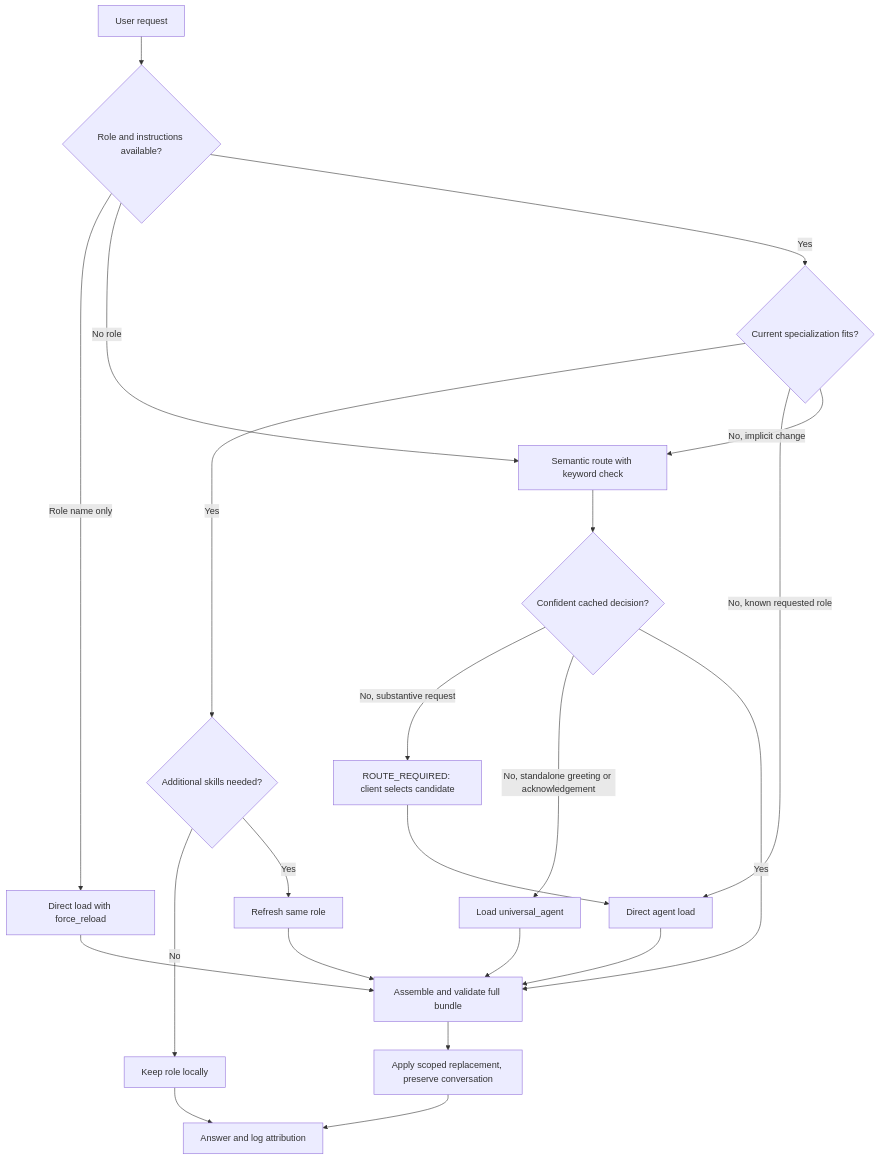
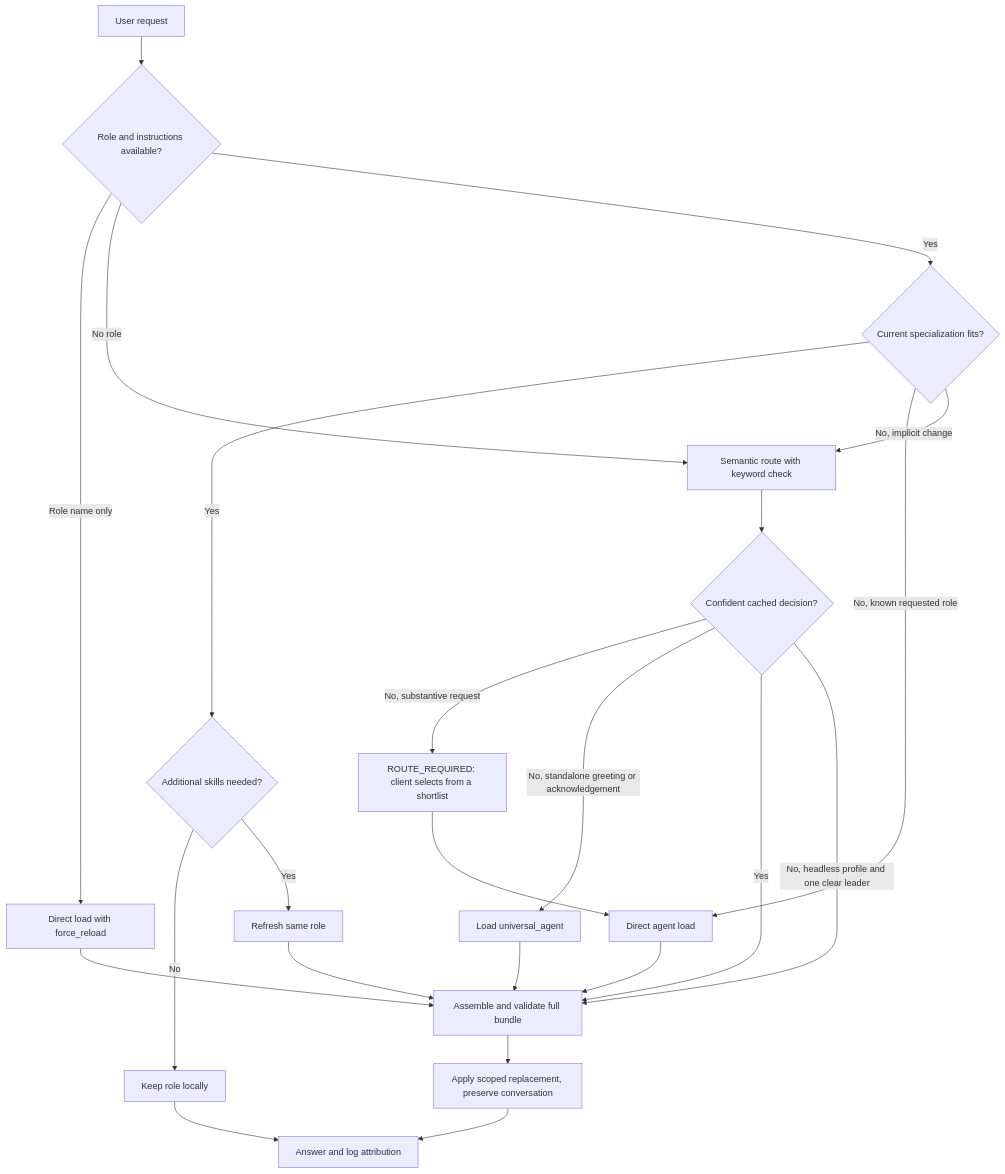
Before and after one commit to IEZhu/Agents: the diagram in docs/routing_flow.md, drawn with Mermaid. The commit also changed other lines of this file and 7 other files, not shown here.

````diff
--- a/docs/routing_flow.md
+++ b/docs/routing_flow.md
@@ -11,24 +11,25 @@
 ```mermaid
 flowchart TD
     Q[User request] --> Known{Role and instructions available?}
     Known -->|Role name only| Restore[Direct load with force_reload]
     Known -->|No role| Route[Semantic route with keyword check]
     Known -->|Yes| Fit{Current specialization fits?}
     Fit -->|Yes| Skills{Additional skills needed?}
     Skills -->|No| Keep[Keep role locally]
     Skills -->|Yes| Refresh[Refresh same role]
     Fit -->|No, known requested role| Direct[Direct agent load]
     Fit -->|No, implicit change| Route
     Route --> Choice{Confident cached decision?}
-    Choice -->|No, substantive request| Pick[ROUTE_REQUIRED: client selects candidate]
+    Choice -->|No, substantive request| Pick[ROUTE_REQUIRED: client selects from a shortlist]
     Choice -->|No, standalone greeting or acknowledgement| Meta[Load universal_agent]
     Choice -->|Yes| Bundle[Assemble and validate full bundle]
+    Choice -->|No, headless profile and one clear leader| Bundle
     Meta --> Bundle
     Pick --> Direct
     Direct --> Bundle
     Restore --> Bundle
     Refresh --> Bundle
     Bundle --> Apply[Apply scoped replacement, preserve conversation]
     Keep --> Answer[Answer and log attribution]
     Apply --> Answer
 ```
````
